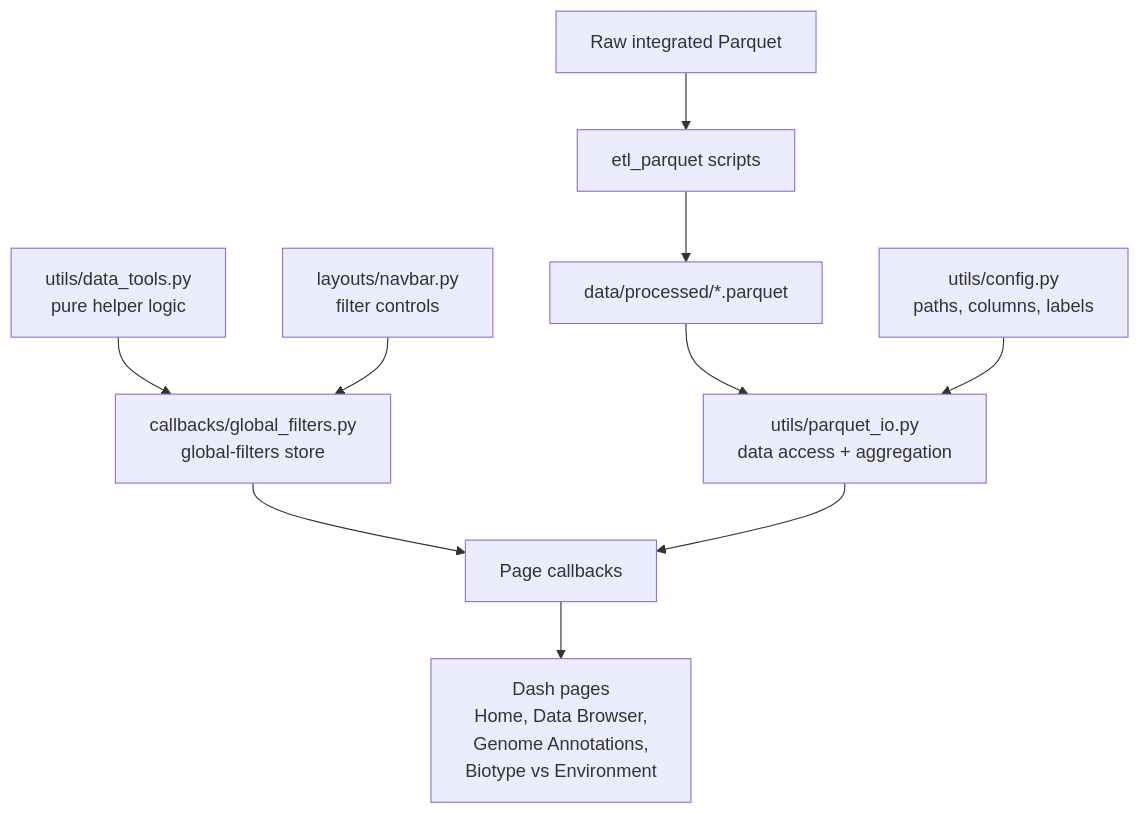
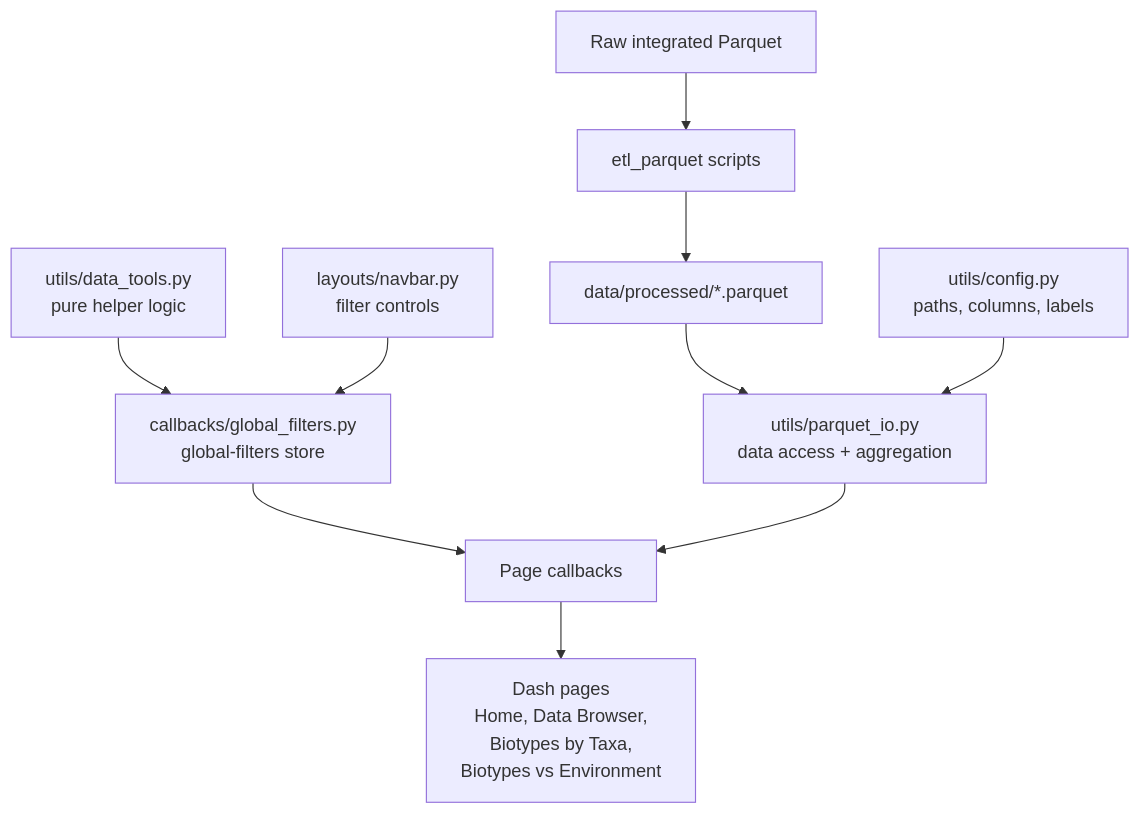
One commit to JuanPNG/biodiversity_annotations_dashboard changed the diagram in README.md. Above: the diagram before and after it, drawn with Mermaid. The commit also changed other lines of this file and 6 other files, not shown here.

````diff
--- a/README.md
+++ b/README.md
@@ -64,15 +64,15 @@
 ```mermaid
 flowchart TD
     A["Raw integrated Parquet"] --> B["etl_parquet scripts"]
     B --> C["data/processed/*.parquet"]
 
     C --> D["utils/parquet_io.py<br/>data access + aggregation"]
     E["utils/config.py<br/>paths, columns, labels"] --> D
     F["utils/data_tools.py<br/>pure helper logic"] --> G
 
     H["layouts/navbar.py<br/>filter controls"] --> G["callbacks/global_filters.py<br/>global-filters store"]
     G --> I["Page callbacks"]
 
     D --> I
-    I --> J["Dash pages<br/>Home, Data Browser,<br/>Genome Annotations,<br/>Biotype vs Environment"]
+    I --> J["Dash pages<br/>Home, Data Browser,<br/>Biotypes by Taxa,<br/>Biotypes vs Environment"]
 ```
````
